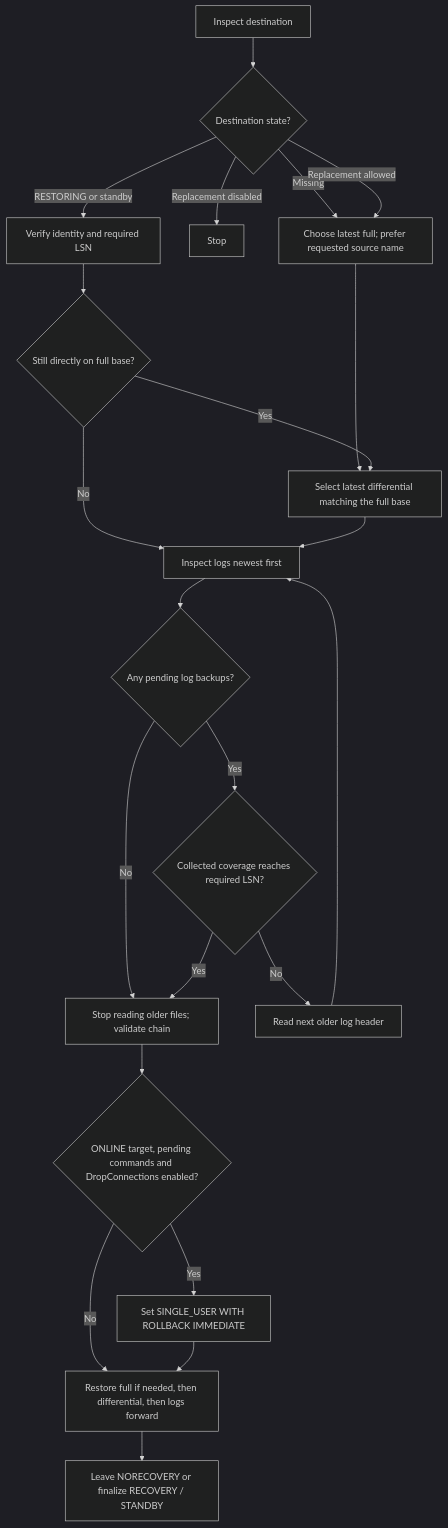
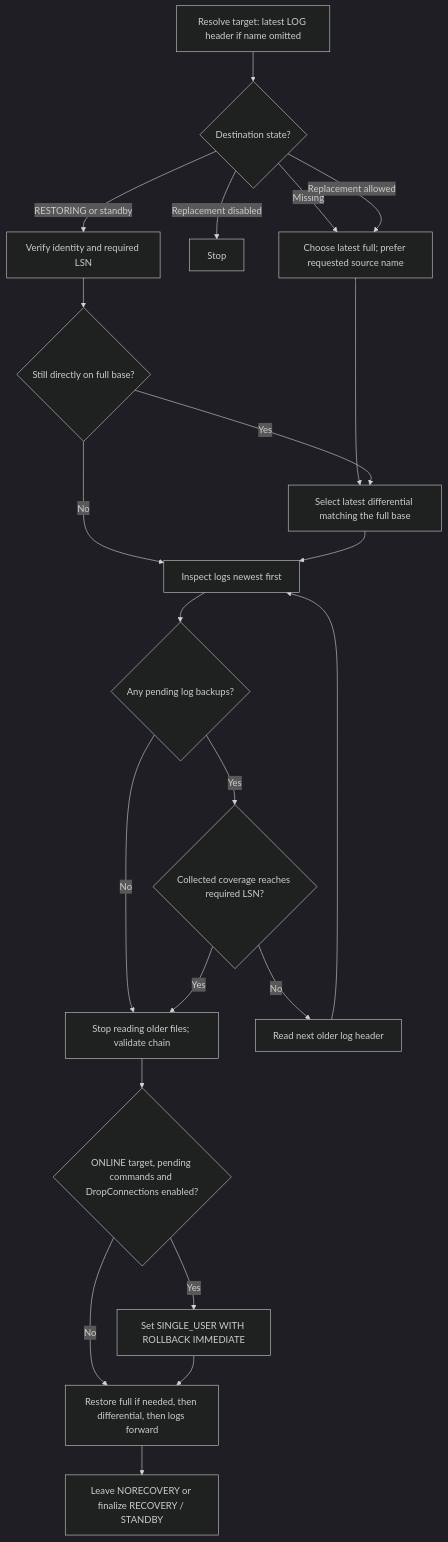
One commit to sqlnotes/sql changed the diagram in z/System/020-Backup/docs/architecture.md. Above: the diagram before and after it, drawn with Mermaid (dark theme). The commit also changed other lines of this file and 13 other files, not shown here.

````diff
--- a/z/System/020-Backup/docs/architecture.md
+++ b/z/System/020-Backup/docs/architecture.md
@@ -63,24 +74,24 @@
 ```mermaid
 flowchart TD
-    A[Inspect destination] --> B{Destination state?}
+    A[Resolve target: latest LOG header if name omitted] --> B{Destination state?}
     B -->|Missing| F[Choose latest full; prefer requested source name]
     B -->|Replacement allowed| F
     B -->|Replacement disabled| X[Stop]
     B -->|RESTORING or standby| C[Verify identity and required LSN]
     F --> D[Select latest differential matching the full base]
     C --> E{Still directly on full base?}
     E -->|Yes| D
     E -->|No| L[Inspect logs newest first]
     D --> L
     L --> Q{Any pending log backups?}
     Q -->|No| S[Stop reading older files; validate chain]
     Q -->|Yes| R{Collected coverage reaches required LSN?}
     R -->|No| N[Read next older log header]
     N --> L
     R -->|Yes| S
     S --> T{ONLINE target, pending commands and DropConnections enabled?}
     T -->|Yes| U[Set SINGLE_USER WITH ROLLBACK IMMEDIATE]
     T -->|No| P[Restore full if needed, then differential, then logs forward]
     U --> P
     P --> Z[Leave NORECOVERY or finalize RECOVERY / STANDBY]
 ```
````
